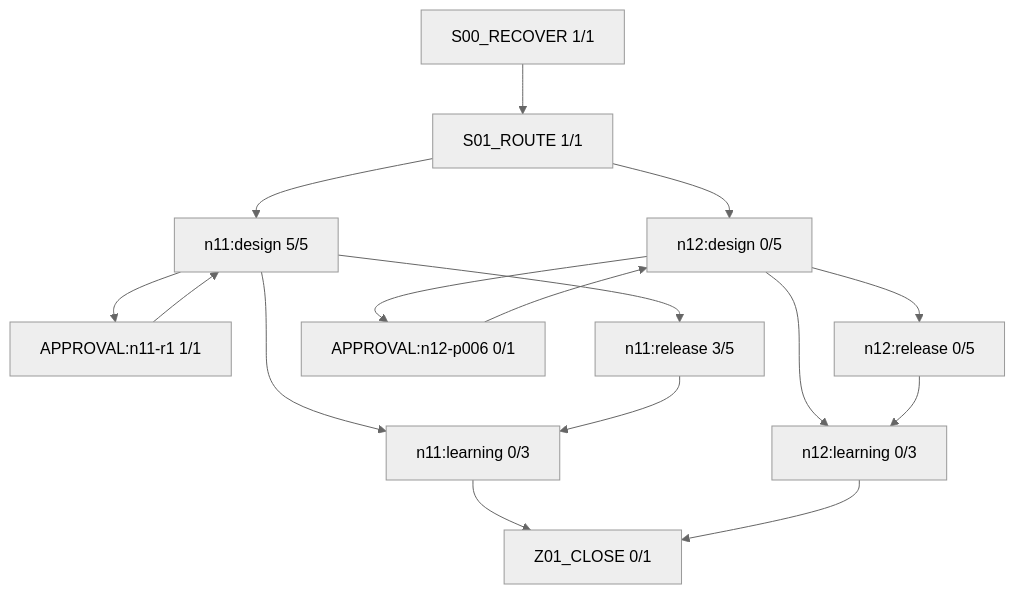
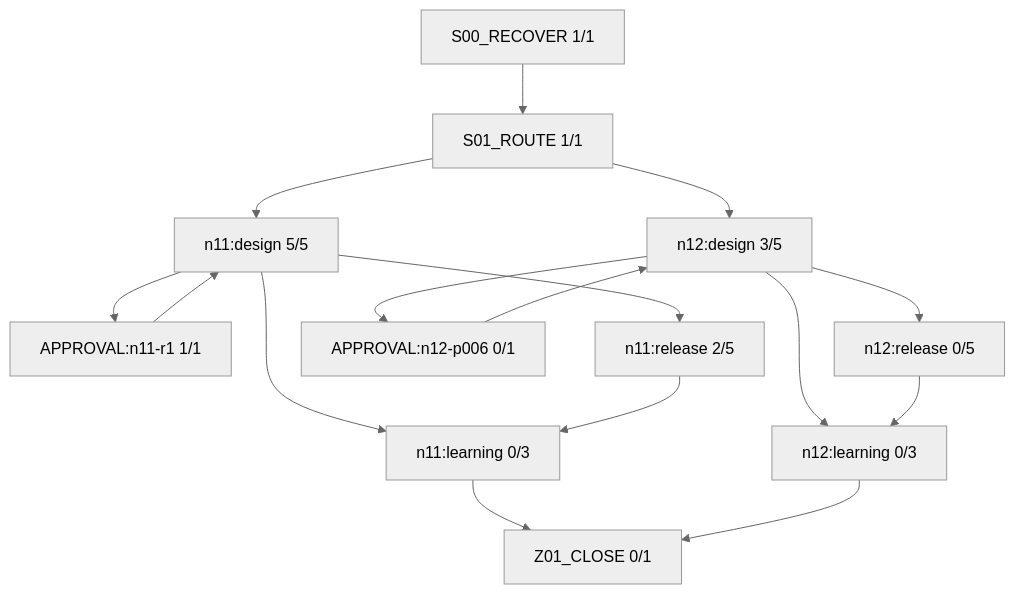
The diagram in work/items/W-MATH-047-n1112-guided-review/generated/FIRE_DIAGRAM.md (rrikunagasige-dot/kyotsu-step-web), drawn with Mermaid (neutral theme) before and after one commit. The commit also changed other lines of this file and 214 other files, not shown here.

````diff
--- a/work/items/W-MATH-047-n1112-guided-review/generated/FIRE_DIAGRAM.md
+++ b/work/items/W-MATH-047-n1112-guided-review/generated/FIRE_DIAGRAM.md
@@ -5,29 +5,29 @@
 ```mermaid
 flowchart TD
   N0["S00_RECOVER 1/1"]
   N1["S01_ROUTE 1/1"]
   N2["n11:design 5/5"]
   N3["APPROVAL:n11-r1 1/1"]
-  N4["n11:release 3/5"]
-  N5["n12:design 0/5"]
+  N4["n11:release 2/5"]
+  N5["n12:design 3/5"]
   N6["APPROVAL:n12-p006 0/1"]
   N7["n12:release 0/5"]
   N8["n11:learning 0/3"]
   N9["n12:learning 0/3"]
   N10["Z01_CLOSE 0/1"]
   N3 --> N2
   N6 --> N5
   N0 --> N1
   N1 --> N2
   N1 --> N5
   N2 --> N3
   N2 --> N8
   N2 --> N4
   N8 --> N10
   N4 --> N8
   N5 --> N6
   N5 --> N9
   N5 --> N7
   N9 --> N10
   N7 --> N9
 ```
````
